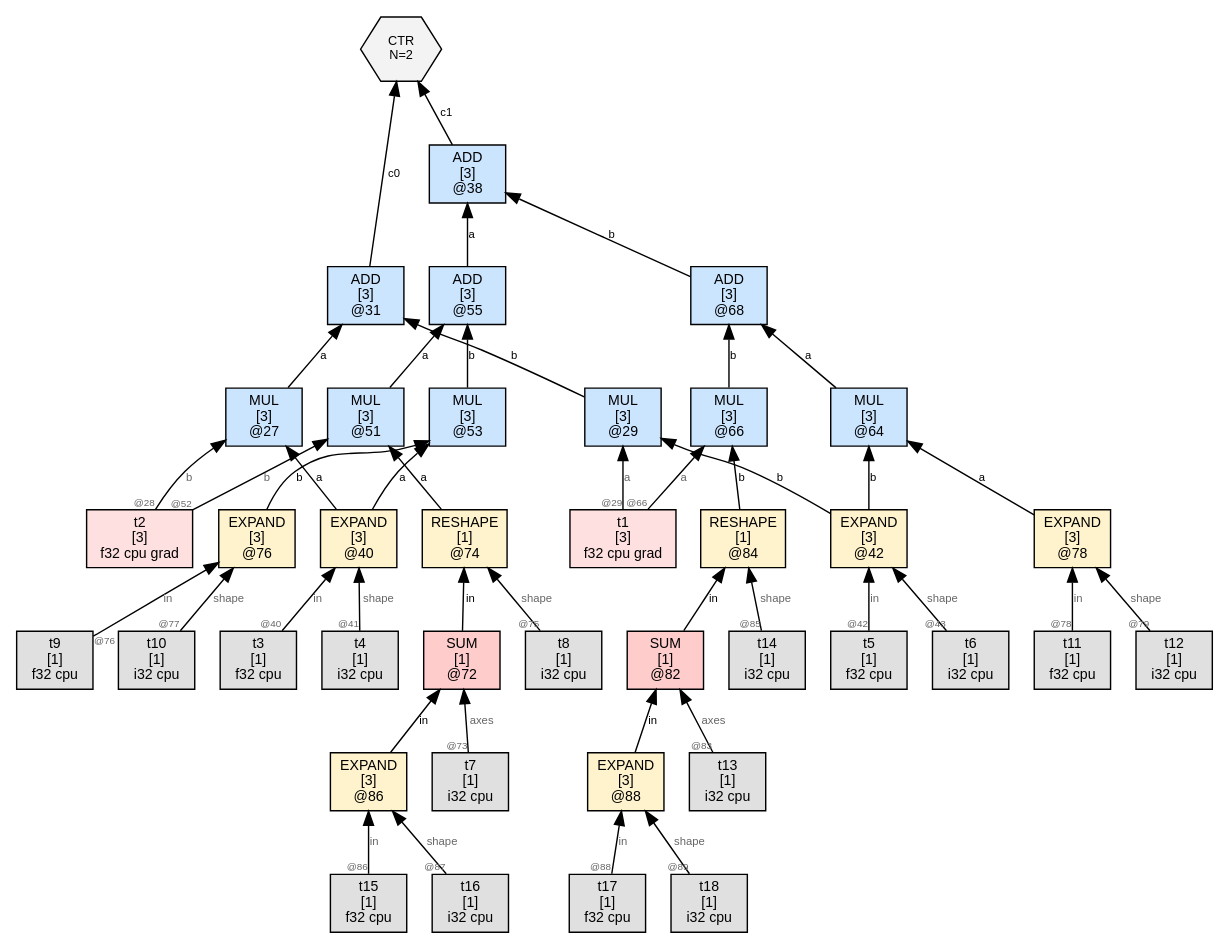
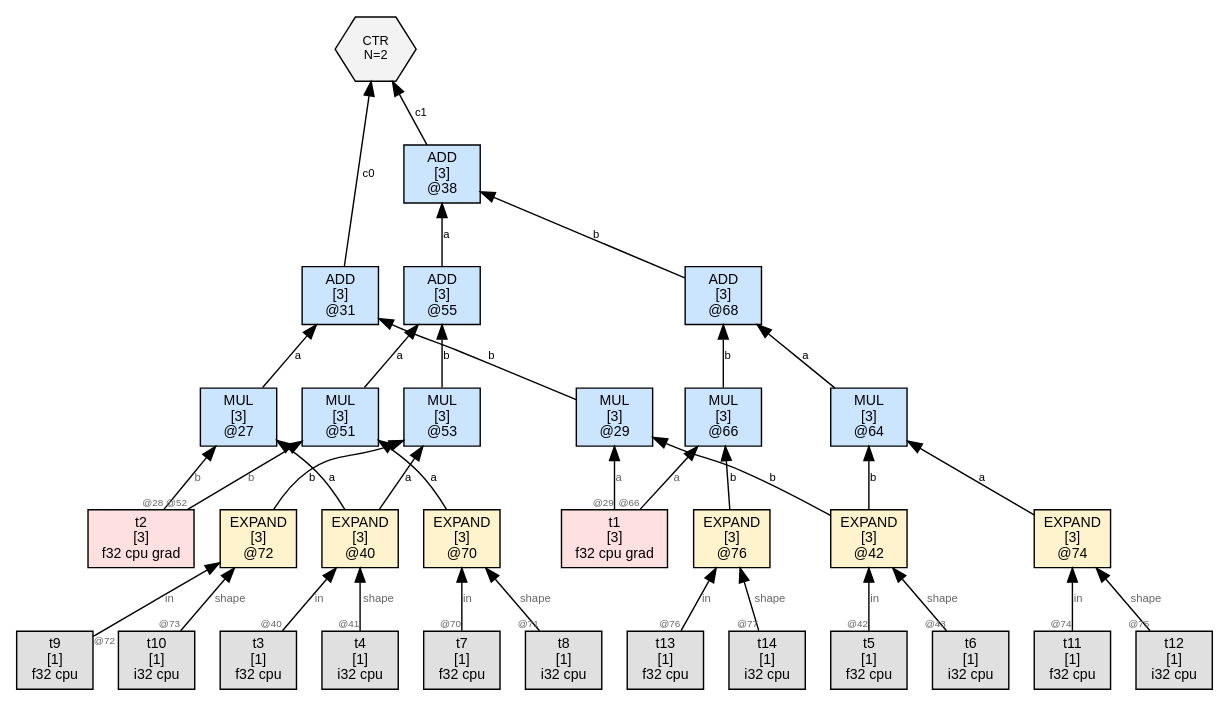
One commit to sw1sh/TinyHVM changed the diagram in wl/examples/thvm_graphs/grad_rules/gradu_mixed_partial/thvm_1_post_reduce.dot. Above: the diagram before and after it, drawn with Graphviz. The commit also changed 19 other files, not shown here.

First line of the commit message:
grad: EXPAND rule direct-emit — 105/105 e2e pass CPU+Metal

```diff
--- a/wl/examples/thvm_graphs/grad_rules/gradu_mixed_partial/thvm_1_post_reduce.dot
+++ b/wl/examples/thvm_graphs/grad_rules/gradu_mixed_partial/thvm_1_post_reduce.dot
@@ -1,87 +1,71 @@
 digraph G {
   rankdir=BT;
   node [fontname="Helvetica", fontsize=10, style=filled, shape=box, margin="0.1,0.05"];
   edge [fontsize=8, fontname="Helvetica"];
 
   n31 [label="ADD\n[3]\n@31", shape=box, fillcolor="#cce5ff"];
   n27 -> n31 [label="a"];
   n29 -> n31 [label="b"];
   n38 [label="ADD\n[3]\n@38", shape=box, fillcolor="#cce5ff"];
   n55 -> n38 [label="a"];
   n68 -> n38 [label="b"];
   ctr10 [label="CTR\nN=2", shape=hexagon, fillcolor="#f3f3f3", fontsize=9];
   n31 -> ctr10 [label="c0"];
   n38 -> ctr10 [label="c1"];
   n40 [label="EXPAND\n[3]\n@40", shape=box, fillcolor="#fff3cd"];
   t3 [label="t3\n[1]\nf32 cpu",shape=box,fillcolor="#e0e0e0"];
   t3 -> n40 [label="in",taillabel="@40",labelfontsize=7,fontcolor="#666666"];
   t4 [label="t4\n[1]\ni32 cpu",shape=box,fillcolor="#e0e0e0"];
   t4 -> n40 [label="shape",taillabel="@41",labelfontsize=7,fontcolor="#666666"];
   n42 [label="EXPAND\n[3]\n@42", shape=box, fillcolor="#fff3cd"];
   t5 [label="t5\n[1]\nf32 cpu",shape=box,fillcolor="#e0e0e0"];
   t5 -> n42 [label="in",taillabel="@42",labelfontsize=7,fontcolor="#666666"];
   t6 [label="t6\n[1]\ni32 cpu",shape=box,fillcolor="#e0e0e0"];
   t6 -> n42 [label="shape",taillabel="@43",labelfontsize=7,fontcolor="#666666"];
   n27 [label="MUL\n[3]\n@27", shape=box, fillcolor="#cce5ff"];
   n40 -> n27 [label="a"];
   t2 [label="t2\n[3]\nf32 cpu grad",shape=box,fillcolor="#ffe0e0"];
   t2 -> n27 [label="b",taillabel="@28",labelfontsize=7,fontcolor="#666666"];
   n29 [label="MUL\n[3]\n@29", shape=box, fillcolor="#cce5ff"];
   t1 [label="t1\n[3]\nf32 cpu grad",shape=box,fillcolor="#ffe0e0"];
   t1 -> n29 [label="a",taillabel="@29",labelfontsize=7,fontcolor="#666666"];
   n42 -> n29 [label="b"];
   n55 [label="ADD\n[3]\n@55", shape=box, fillcolor="#cce5ff"];
   n51 -> n55 [label="a"];
   n53 -> n55 [label="b"];
   n68 [label="ADD\n[3]\n@68", shape=box, fillcolor="#cce5ff"];
   n64 -> n68 [label="a"];
   n66 -> n68 [label="b"];
-  n74 [label="RESHAPE\n[1]\n@74", shape=box, fillcolor="#fff3cd"];
-  n72 -> n74 [label="in"];
+  n70 [label="EXPAND\n[3]\n@70", shape=box, fillcolor="#fff3cd"];
+  t7 [label="t7\n[1]\nf32 cpu",shape=box,fillcolor="#e0e0e0"];
+  t7 -> n70 [label="in",taillabel="@70",labelfontsize=7,fontcolor="#666666"];
   t8 [label="t8\n[1]\ni32 cpu",shape=box,fillcolor="#e0e0e0"];
-  t8 -> n74 [label="shape",taillabel="@75",labelfontsize=7,fontcolor="#666666"];
-  n76 [label="EXPAND\n[3]\n@76", shape=box, fillcolor="#fff3cd"];
+  t8 -> n70 [label="shape",taillabel="@71",labelfontsize=7,fontcolor="#666666"];
+  n72 [label="EXPAND\n[3]\n@72", shape=box, fillcolor="#fff3cd"];
   t9 [label="t9\n[1]\nf32 cpu",shape=box,fillcolor="#e0e0e0"];
-  t9 -> n76 [label="in",taillabel="@76",labelfontsize=7,fontcolor="#666666"];
+  t9 -> n72 [label="in",taillabel="@72",labelfontsize=7,fontcolor="#666666"];
   t10 [label="t10\n[1]\ni32 cpu",shape=box,fillcolor="#e0e0e0"];
-  t10 -> n76 [label="shape",taillabel="@77",labelfontsize=7,fontcolor="#666666"];
+  t10 -> n72 [label="shape",taillabel="@73",labelfontsize=7,fontcolor="#666666"];
   n51 [label="MUL\n[3]\n@51", shape=box, fillcolor="#cce5ff"];
-  n74 -> n51 [label="a"];
+  n70 -> n51 [label="a"];
   t2 -> n51 [label="b",taillabel="@52",labelfontsize=7,fontcolor="#666666"];
   n53 [label="MUL\n[3]\n@53", shape=box, fillcolor="#cce5ff"];
   n40 -> n53 [label="a"];
-  n76 -> n53 [label="b"];
-  n78 [label="EXPAND\n[3]\n@78", shape=box, fillcolor="#fff3cd"];
+  n72 -> n53 [label="b"];
+  n74 [label="EXPAND\n[3]\n@74", shape=box, fillcolor="#fff3cd"];
   t11 [label="t11\n[1]\nf32 cpu",shape=box,fillcolor="#e0e0e0"];
-  t11 -> n78 [label="in",taillabel="@78",labelfontsize=7,fontcolor="#666666"];
+  t11 -> n74 [label="in",taillabel="@74",labelfontsize=7,fontcolor="#666666"];
   t12 [label="t12\n[1]\ni32 cpu",shape=box,fillcolor="#e0e0e0"];
-  t12 -> n78 [label="shape",taillabel="@79",labelfontsize=7,fontcolor="#666666"];
-  n84 [label="RESHAPE\n[1]\n@84", shape=box, fillcolor="#fff3cd"];
-  n82 -> n84 [label="in"];
+  t12 -> n74 [label="shape",taillabel="@75",labelfontsize=7,fontcolor="#666666"];
+  n76 [label="EXPAND\n[3]\n@76", shape=box, fillcolor="#fff3cd"];
+  t13 [label="t13\n[1]\nf32 cpu",shape=box,fillcolor="#e0e0e0"];
+  t13 -> n76 [label="in",taillabel="@76",labelfontsize=7,fontcolor="#666666"];
   t14 [label="t14\n[1]\ni32 cpu",shape=box,fillcolor="#e0e0e0"];
-  t14 -> n84 [label="shape",taillabel="@85",labelfontsize=7,fontcolor="#666666"];
+  t14 -> n76 [label="shape",taillabel="@77",labelfontsize=7,fontcolor="#666666"];
   n64 [label="MUL\n[3]\n@64", shape=box, fillcolor="#cce5ff"];
-  n78 -> n64 [label="a"];
+  n74 -> n64 [label="a"];
   n42 -> n64 [label="b"];
   n66 [label="MUL\n[3]\n@66", shape=box, fillcolor="#cce5ff"];
   t1 -> n66 [label="a",taillabel="@66",labelfontsize=7,fontcolor="#666666"];
-  n84 -> n66 [label="b"];
-  n86 [label="EXPAND\n[3]\n@86", shape=box, fillcolor="#fff3cd"];
-  t15 [label="t15\n[1]\nf32 cpu",shape=box,fillcolor="#e0e0e0"];
-  t15 -> n86 [label="in",taillabel="@86",labelfontsize=7,fontcolor="#666666"];
-  t16 [label="t16\n[1]\ni32 cpu",shape=box,fillcolor="#e0e0e0"];
-  t16 -> n86 [label="shape",taillabel="@87",labelfontsize=7,fontcolor="#666666"];
-  n72 [label="SUM\n[1]\n@72", shape=box, fillcolor="#ffcccc"];
-  n86 -> n72 [label="in"];
-  t7 [label="t7\n[1]\ni32 cpu",shape=box,fillcolor="#e0e0e0"];
-  t7 -> n72 [label="axes",taillabel="@73",labelfontsize=7,fontcolor="#666666"];
-  n88 [label="EXPAND\n[3]\n@88", shape=box, fillcolor="#fff3cd"];
-  t17 [label="t17\n[1]\nf32 cpu",shape=box,fillcolor="#e0e0e0"];
-  t17 -> n88 [label="in",taillabel="@88",labelfontsize=7,fontcolor="#666666"];
-  t18 [label="t18\n[1]\ni32 cpu",shape=box,fillcolor="#e0e0e0"];
-  t18 -> n88 [label="shape",taillabel="@89",labelfontsize=7,fontcolor="#666666"];
-  n82 [label="SUM\n[1]\n@82", shape=box, fillcolor="#ffcccc"];
-  n88 -> n82 [label="in"];
-  t13 [label="t13\n[1]\ni32 cpu",shape=box,fillcolor="#e0e0e0"];
-  t13 -> n82 [label="axes",taillabel="@83",labelfontsize=7,fontcolor="#666666"];
+  n76 -> n66 [label="b"];
 }
```
